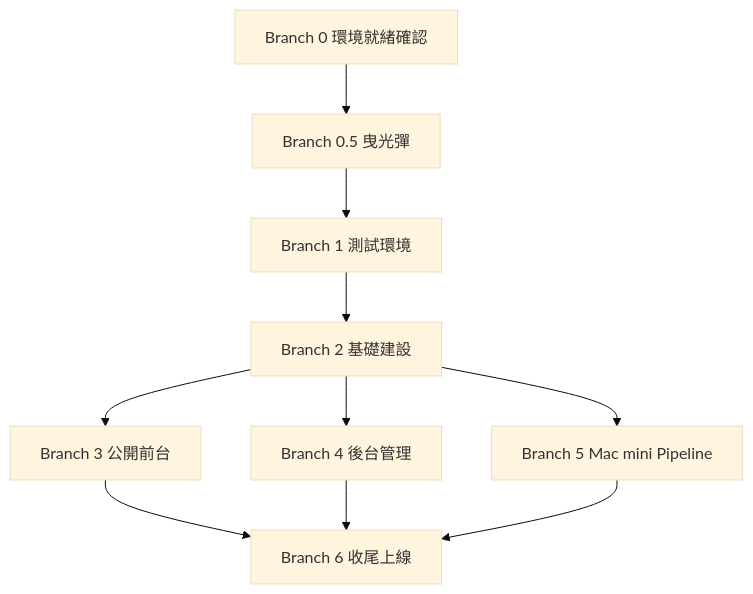
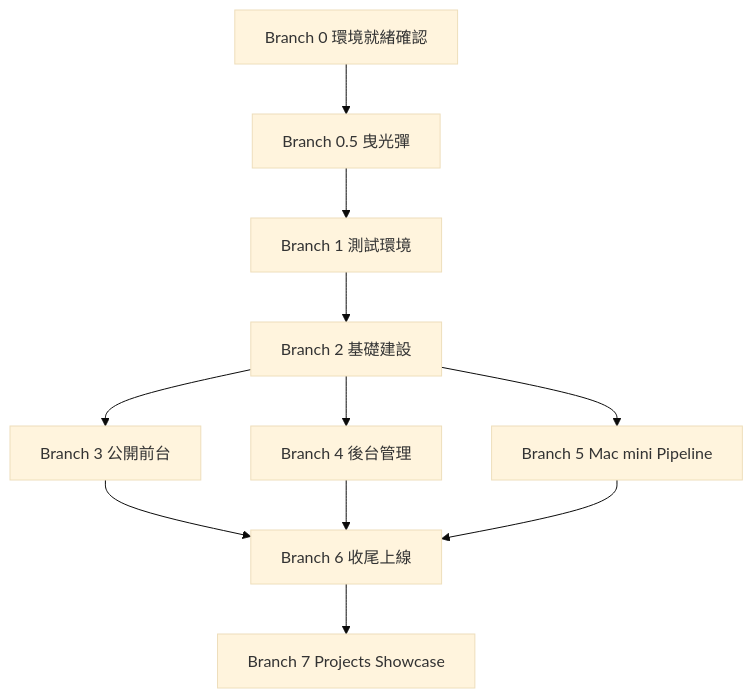
The first of 3 diagrams in AGENTS.md (thehyyu/EchoForge), drawn with Mermaid (base theme) before and after one commit. The commit also changed other lines of this file, not shown here.

First line of the commit message:
docs: 新增 Branch 7 Projects Showcase 規格

````diff
--- a/AGENTS.md
+++ b/AGENTS.md
@@ -49,12 +53,13 @@
 ```mermaid
 graph TD
     B0[Branch 0 環境就緒確認] --> B05[Branch 0.5 曳光彈]
     B05 --> B1[Branch 1 測試環境]
     B1 --> B2[Branch 2 基礎建設]
     B2 --> B3[Branch 3 公開前台]
     B2 --> B4[Branch 4 後台管理]
     B2 --> B5[Branch 5 Mac mini Pipeline]
     B3 --> B6[Branch 6 收尾上線]
     B4 --> B6
     B5 --> B6
+    B6 --> B7[Branch 7 Projects Showcase]
 ```
````
